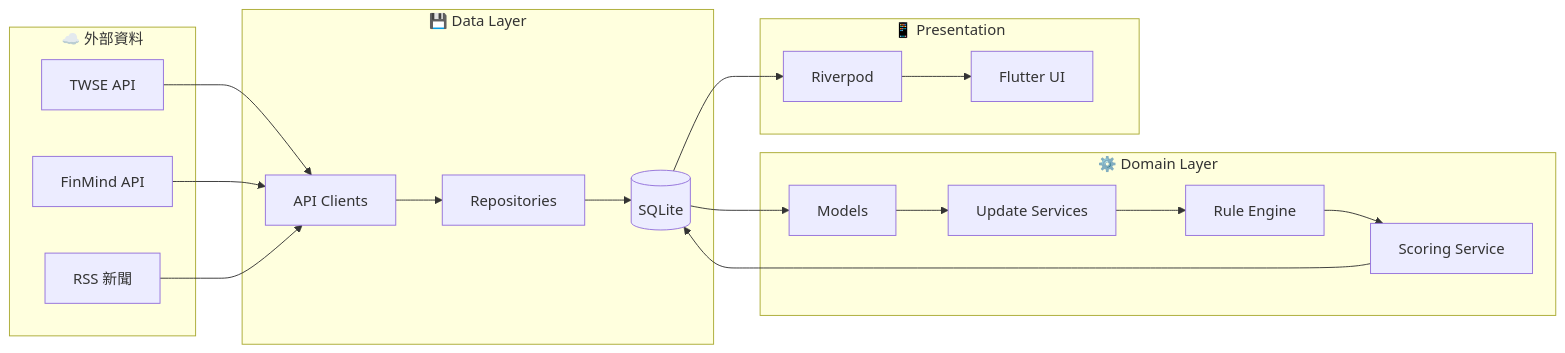
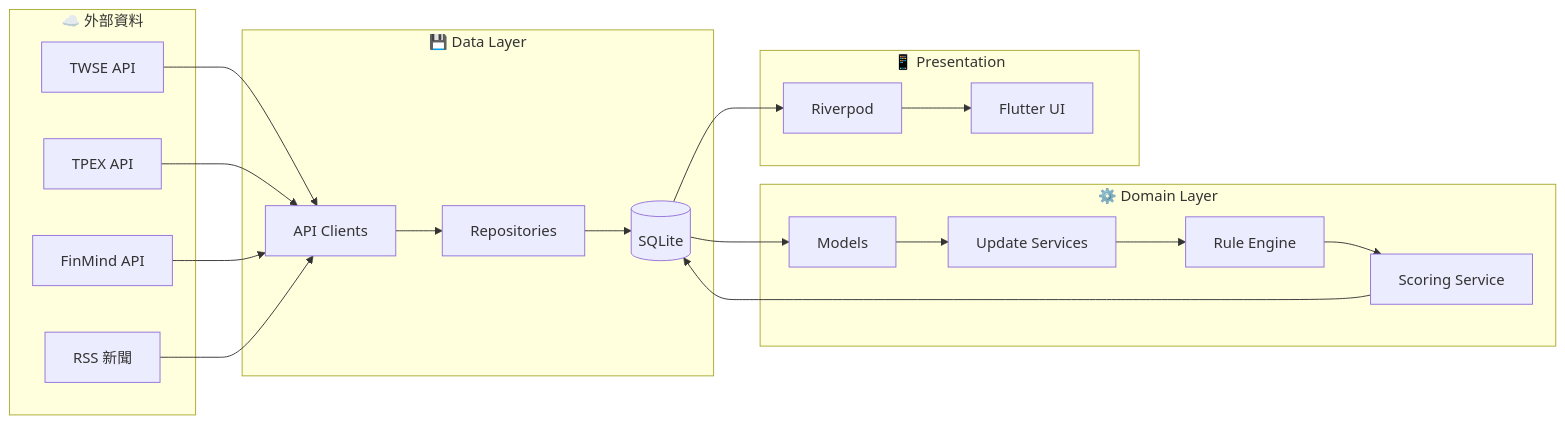
One commit to Neal75418/afterclose changed the first of 3 diagrams in README.md. Above: the diagram before and after it, drawn with Mermaid. The commit also changed other lines of this file and 2 other files, not shown here.

````diff
--- a/README.md
+++ b/README.md
@@ -60,39 +68,41 @@
 ```mermaid
 flowchart LR
     subgraph External["☁️ 外部資料"]
         TWSE["TWSE API"]
+        TPEX["TPEX API"]
         FM["FinMind API"]
         RSS["RSS 新聞"]
     end
 
     subgraph Data["💾 Data Layer"]
         Remote["API Clients"]
         Repo["Repositories"]
         DB[("SQLite")]
     end
 
     subgraph Domain["⚙️ Domain Layer"]
         Models["Models"]
         Update["Update Services"]
         Rules["Rule Engine"]
         Scoring["Scoring Service"]
     end
 
     subgraph Presentation["📱 Presentation"]
         Provider["Riverpod"]
         UI["Flutter UI"]
     end
 
     TWSE --> Remote
+    TPEX --> Remote
     FM --> Remote
     RSS --> Remote
     Remote --> Repo
     Repo --> DB
     DB --> Models
     Models --> Update
     Update --> Rules
     Rules --> Scoring
     Scoring --> DB
     DB --> Provider
     Provider --> UI
 ```
````
